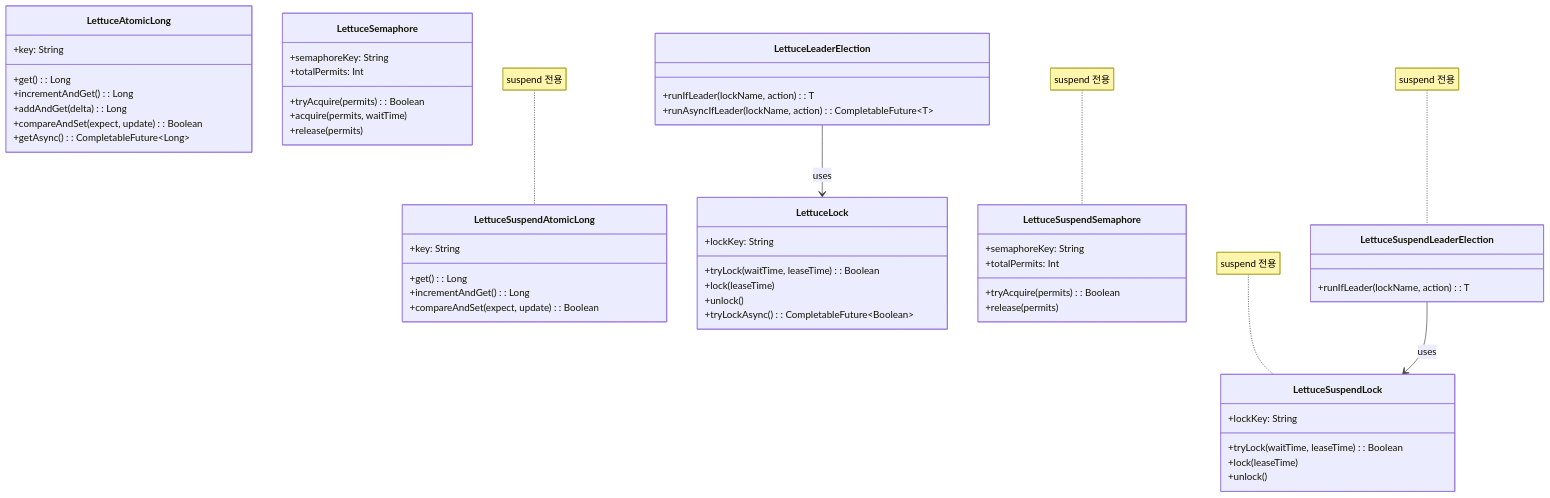
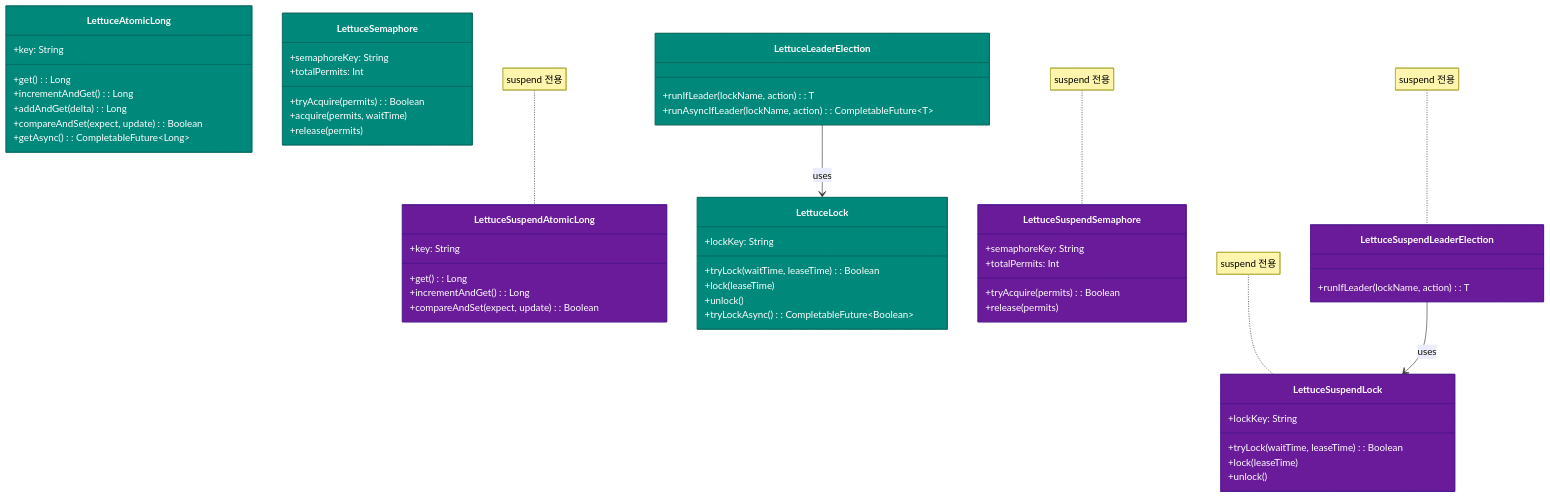
Before and after one commit to bluetape4k/bluetape4k-projects: the first of 3 diagrams in infra/lettuce/README.ko.md, drawn with Mermaid. The commit also changed other lines of this file and 221 other files, not shown here.

First line of the commit message:
docs: 전체 모듈 README UML 다이어그램 보강 및 색상 업그레이드

````diff
--- a/infra/lettuce/README.ko.md
+++ b/infra/lettuce/README.ko.md
@@ -322,61 +322,70 @@
 ```mermaid
 classDiagram
     class LettuceAtomicLong {
         +key: String
         +get(): Long
         +incrementAndGet(): Long
         +addAndGet(delta): Long
         +compareAndSet(expect, update): Boolean
         +getAsync(): CompletableFuture~Long~
     }
     class LettuceSuspendAtomicLong {
         +key: String
         +get(): Long
         +incrementAndGet(): Long
         +compareAndSet(expect, update): Boolean
     }
 
     class LettuceLock {
         +lockKey: String
         +tryLock(waitTime, leaseTime): Boolean
         +lock(leaseTime)
         +unlock()
         +tryLockAsync(): CompletableFuture~Boolean~
     }
     class LettuceSuspendLock {
         +lockKey: String
         +tryLock(waitTime, leaseTime): Boolean
         +lock(leaseTime)
         +unlock()
     }
 
     class LettuceSemaphore {
         +semaphoreKey: String
         +totalPermits: Int
         +tryAcquire(permits): Boolean
         +acquire(permits, waitTime)
         +release(permits)
     }
     class LettuceSuspendSemaphore {
         +semaphoreKey: String
         +totalPermits: Int
         +tryAcquire(permits): Boolean
         +release(permits)
     }
 
     class LettuceLeaderElection {
         +runIfLeader(lockName, action): T
         +runAsyncIfLeader(lockName, action): CompletableFuture~T~
     }
     class LettuceSuspendLeaderElection {
         +runIfLeader(lockName, action): T
     }
 
     LettuceLeaderElection --> LettuceLock: uses
     LettuceSuspendLeaderElection --> LettuceSuspendLock: uses
     note for LettuceSuspendAtomicLong "suspend 전용"
     note for LettuceSuspendLock "suspend 전용"
     note for LettuceSuspendSemaphore "suspend 전용"
     note for LettuceSuspendLeaderElection "suspend 전용"
 
+    style LettuceAtomicLong fill:#00897B,stroke:#00695C,color:#FFFFFF
+    style LettuceSuspendAtomicLong fill:#6A1B9A,stroke:#4A148C,color:#FFFFFF
+    style LettuceLock fill:#00897B,stroke:#00695C,color:#FFFFFF
+    style LettuceSuspendLock fill:#6A1B9A,stroke:#4A148C,color:#FFFFFF
+    style LettuceSemaphore fill:#00897B,stroke:#00695C,color:#FFFFFF
+    style LettuceSuspendSemaphore fill:#6A1B9A,stroke:#4A148C,color:#FFFFFF
+    style LettuceLeaderElection fill:#00897B,stroke:#00695C,color:#FFFFFF
+    style LettuceSuspendLeaderElection fill:#6A1B9A,stroke:#4A148C,color:#FFFFFF
+
 ```
````
